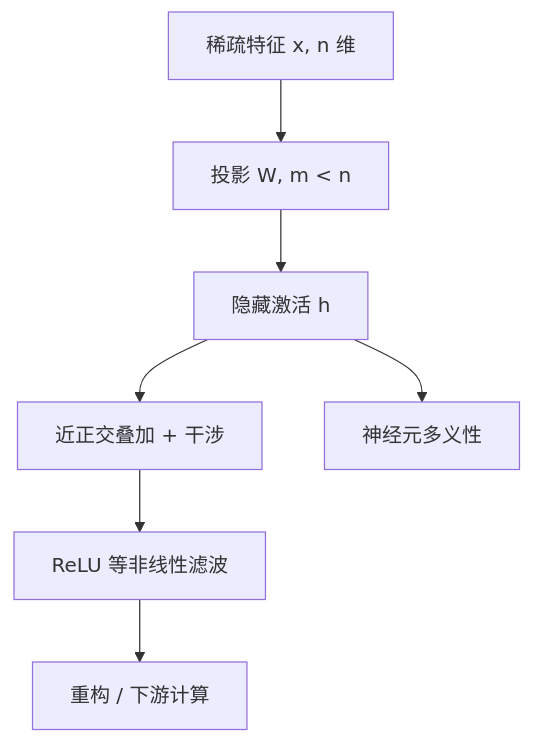
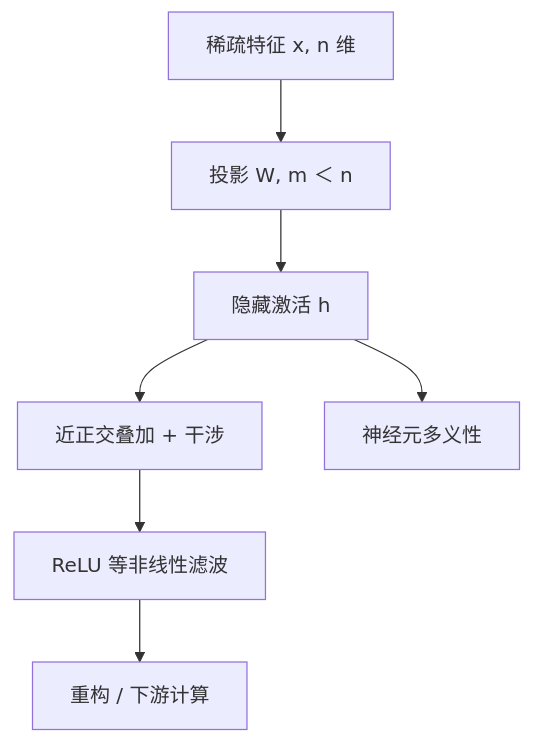
The diagram in docs/llm/superposition-hypothesis.md (xhongduo-tech/xhongduo-tech.github.io), drawn with Mermaid before and after one commit. The commit also changed other lines of this file and 772 other files, not shown here.

````diff
--- a/docs/llm/superposition-hypothesis.md
+++ b/docs/llm/superposition-hypothesis.md
@@ -42,9 +42,9 @@
 ```mermaid
 flowchart TD
-  F["稀疏特征 x, n 维"] --> W["投影 W, m < n"]
+  F["稀疏特征 x, n 维"] --> W["投影 W, m ＜ n"]
   W --> H["隐藏激活 h"]
   H --> INT["近正交叠加 + 干涉"]
   INT --> NL["ReLU 等非线性滤波"]
   NL --> Y["重构 / 下游计算"]
   H --> POLY["神经元多义性"]
 ```
````
